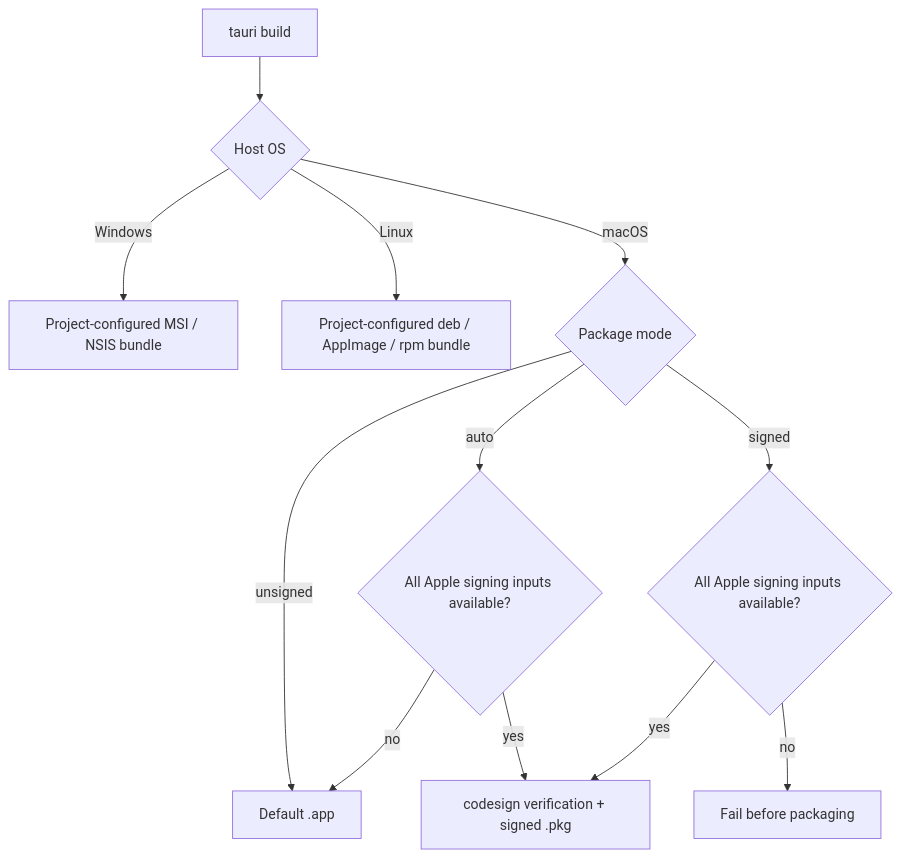
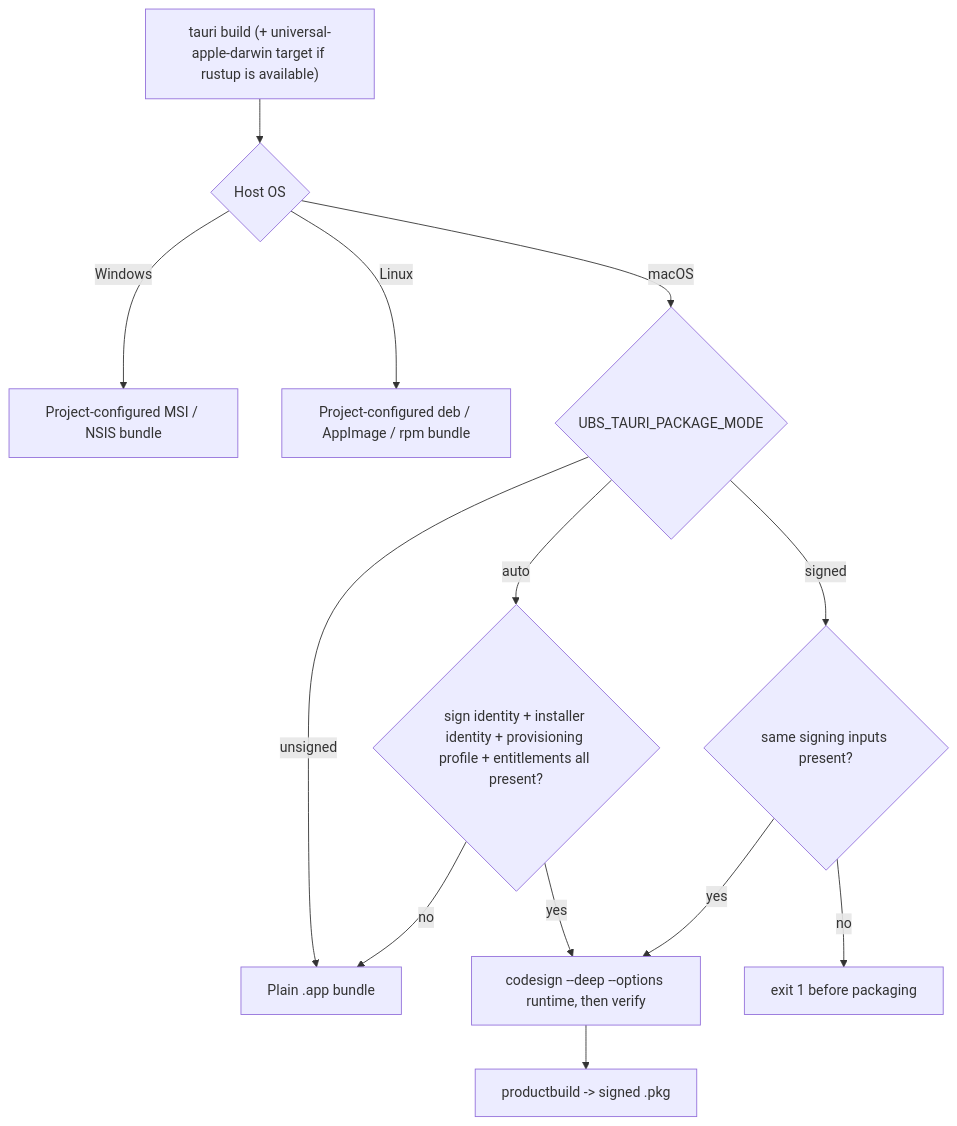
One commit to Claude-Personal/ubs changed the seventh of 10 diagrams in README.en.md. Above: the diagram before and after it, drawn with Mermaid. The commit also changed other lines of this file, not shown here.

First line of the commit message:
docs(readme): rewrite English README with verified architecture, publish workflow, and security details

````diff
--- a/README.en.md
+++ b/README.en.md
@@ -258,14 +319,15 @@
 ```mermaid
 flowchart TD
-    B["tauri build"] --> O{"Host OS"}
-    O -->|"Windows"| W["Project-configured MSI / NSIS bundle"]
-    O -->|"Linux"| L["Project-configured deb / AppImage / rpm bundle"]
-    O -->|"macOS"| M{"Package mode"}
-    M -->|"unsigned"| A["Default .app"]
-    M -->|"auto"| C{"All Apple signing inputs available?"}
-    M -->|"signed"| V{"All Apple signing inputs available?"}
-    C -->|"no"| A
-    C -->|"yes"| P["codesign verification + signed .pkg"]
-    V -->|"yes"| P
-    V -->|"no"| E["Fail before packaging"]
+    Build["tauri build (+ universal-apple-darwin target if rustup is available)"] --> Host{"Host OS"}
+    Host -->|Windows| Win["Project-configured MSI / NSIS bundle"]
+    Host -->|Linux| Lin["Project-configured deb / AppImage / rpm bundle"]
+    Host -->|macOS| Mode{"UBS_TAURI_PACKAGE_MODE"}
+    Mode -->|unsigned| App["Plain .app bundle"]
+    Mode -->|auto| R1{"sign identity + installer identity + provisioning profile + entitlements all present?"}
+    Mode -->|signed| R2{"same signing inputs present?"}
+    R1 -->|no| App
+    R1 -->|yes| Sign["codesign --deep --options runtime, then verify"]
+    R2 -->|yes| Sign
+    R2 -->|no| Fail["exit 1 before packaging"]
+    Sign --> Pkg["productbuild -> signed .pkg"]
 ```
````
